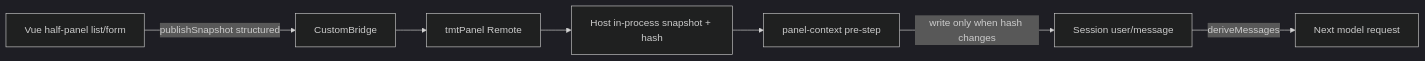
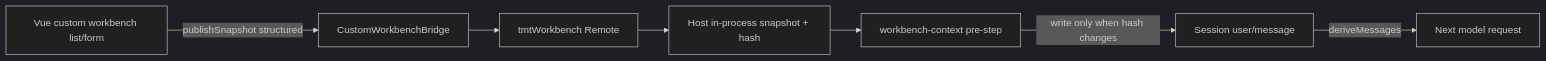
One commit to 1TonMilkTea/deepseek-harness changed the second of 3 diagrams in docs/1tmt/README.md. Above: the diagram before and after it, drawn with Mermaid (dark theme). The commit also changed other lines of this file and 95 other files, not shown here.

First line of the commit message:
rename custom panel to Custom Workbench across packages and docs

````diff
--- a/docs/1tmt/README.md
+++ b/docs/1tmt/README.md
@@ -111,17 +176,17 @@
 ```mermaid
 flowchart LR
-  vue[Vue half-panel list/form]
-  bridge[CustomBridge]
-  remote[tmtPanel Remote]
+  vue[Vue custom workbench list/form]
+  bridge[CustomWorkbenchBridge]
+  remote[tmtWorkbench Remote]
   store[Host in-process snapshot + hash]
-  prestep[panel-context pre-step]
+  prestep[workbench-context pre-step]
   session[Session user/message]
   model[Next model request]
 
   vue -->|publishSnapshot structured| bridge
   bridge --> remote
   remote --> store
   store --> prestep
   prestep -->|write only when hash changes| session
   session -->|deriveMessages| model
 ```
````
